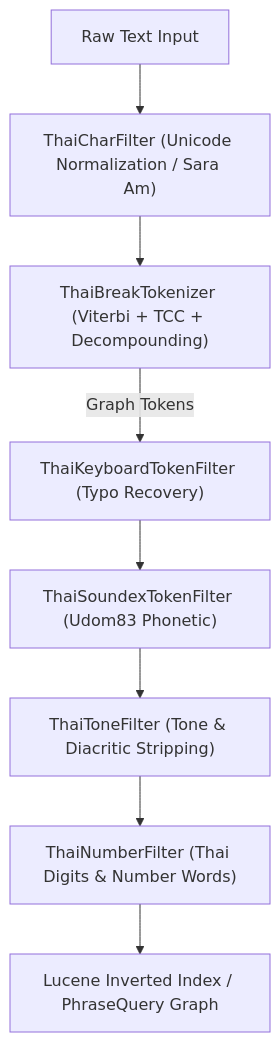
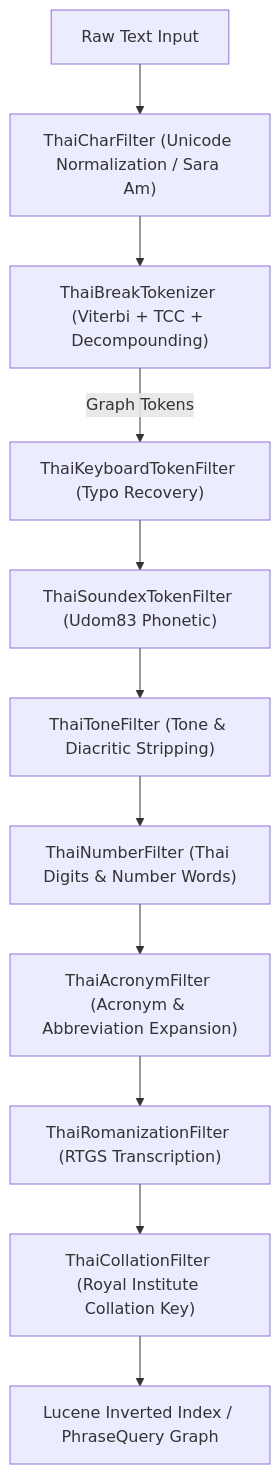
The second of 3 diagrams in docs/THAI_SEARCH_WHITEPAPER.md (kamthorn/opensearch-analysis-thaibreak), drawn with Mermaid before and after one commit. The commit also changed other lines of this file, not shown here.

First line of the commit message:
docs(whitepaper): cover merged Lucene PR #16727, new filters/analyzer, and 41,778-word DAWG dictionary

````diff
--- a/docs/THAI_SEARCH_WHITEPAPER.md
+++ b/docs/THAI_SEARCH_WHITEPAPER.md
@@ -50,10 +58,13 @@
 ```mermaid
 flowchart TD
     Raw["Raw Text Input"] --> CF["ThaiCharFilter (Unicode Normalization / Sara Am)"]
     CF --> Tok["ThaiBreakTokenizer (Viterbi + TCC + Decompounding)"]
     Tok -->|Graph Tokens| KBF["ThaiKeyboardTokenFilter (Typo Recovery)"]
     KBF --> SXF["ThaiSoundexTokenFilter (Udom83 Phonetic)"]
     SXF --> TNF["ThaiToneFilter (Tone & Diacritic Stripping)"]
     TNF --> NUM["ThaiNumberFilter (Thai Digits & Number Words)"]
-    NUM --> LuceneIndex["Lucene Inverted Index / PhraseQuery Graph"]
+    NUM --> ACR["ThaiAcronymFilter (Acronym & Abbreviation Expansion)"]
+    ACR --> ROM["ThaiRomanizationFilter (RTGS Transcription)"]
+    ROM --> COL["ThaiCollationFilter (Royal Institute Collation Key)"]
+    COL --> LuceneIndex["Lucene Inverted Index / PhraseQuery Graph"]
 ```
````
